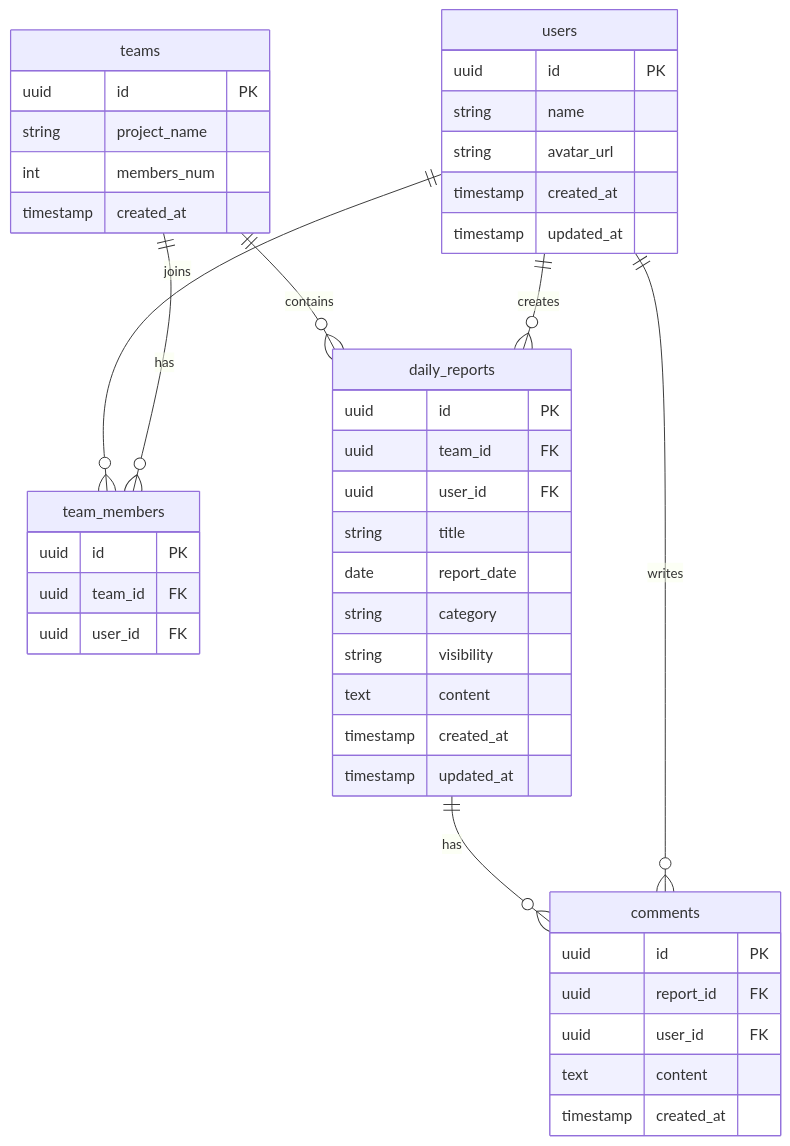
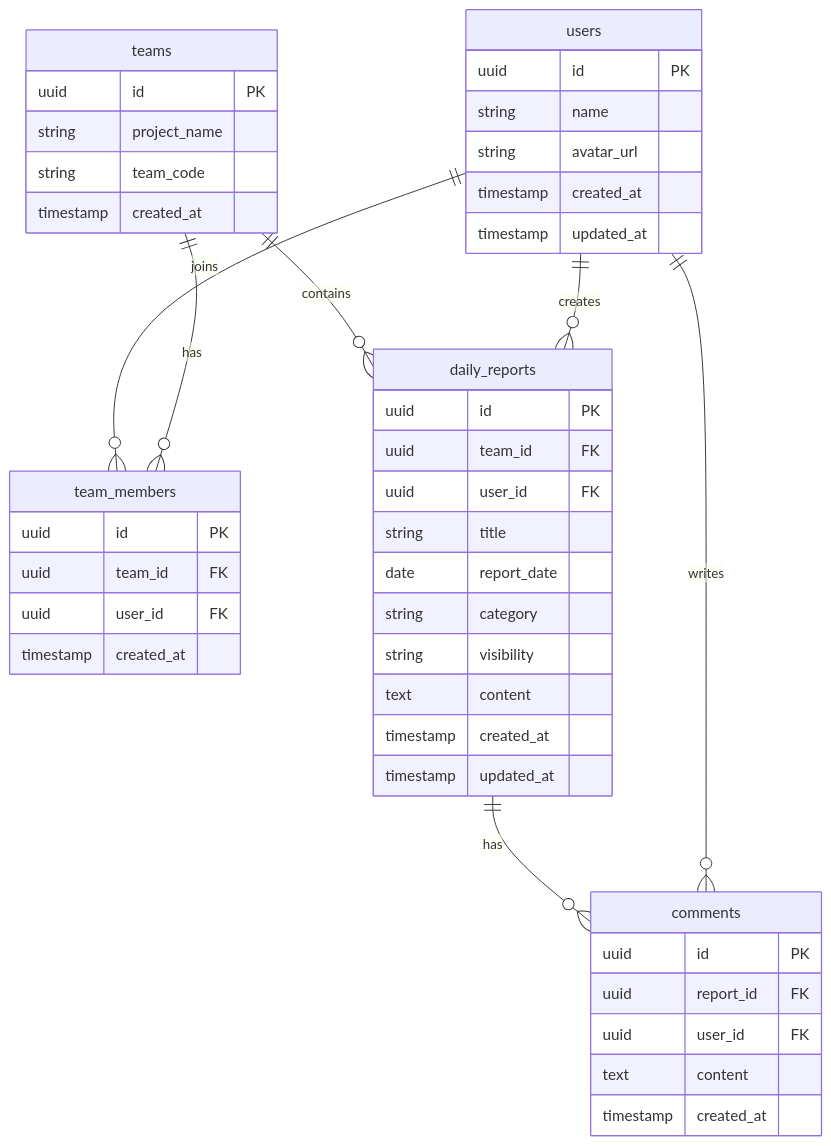
One commit to Nagitokuta/devstep-daily-report changed the diagram in README.md. Above: the diagram before and after it, drawn with Mermaid. The commit also changed other lines of this file, not shown here.

````diff
--- a/README.md
+++ b/README.md
@@ -98,52 +105,53 @@
 ```mermaid
 erDiagram
 
 users {
  uuid id PK
  string name
  string avatar_url
  timestamp created_at
  timestamp updated_at
 }
 
 teams {
  uuid id PK
  string project_name
- int members_num
+ string team_code
  timestamp created_at
 }
 
 team_members {
  uuid id PK
  uuid team_id FK
  uuid user_id FK
+ timestamp created_at
 }
 
 daily_reports {
  uuid id PK
  uuid team_id FK
  uuid user_id FK
  string title
  date report_date
  string category
  string visibility
  text content
  timestamp created_at
  timestamp updated_at
 }
 
 comments {
  uuid id PK
  uuid report_id FK
  uuid user_id FK
  text content
  timestamp created_at
 }
 
 teams ||--o{ team_members : has
 users ||--o{ team_members : joins
 users ||--o{ daily_reports : creates
 users ||--o{ comments : writes
 daily_reports ||--o{ comments : has
 teams ||--o{ daily_reports : contains
 ```
````
